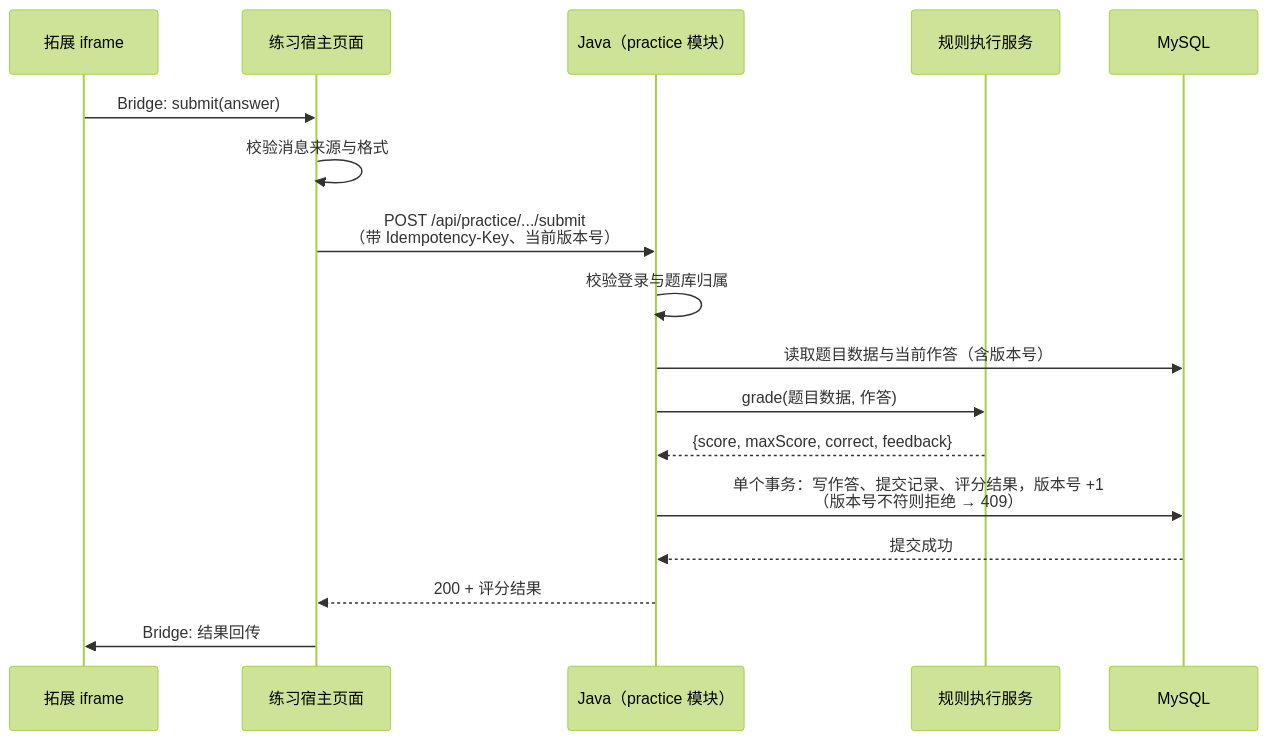
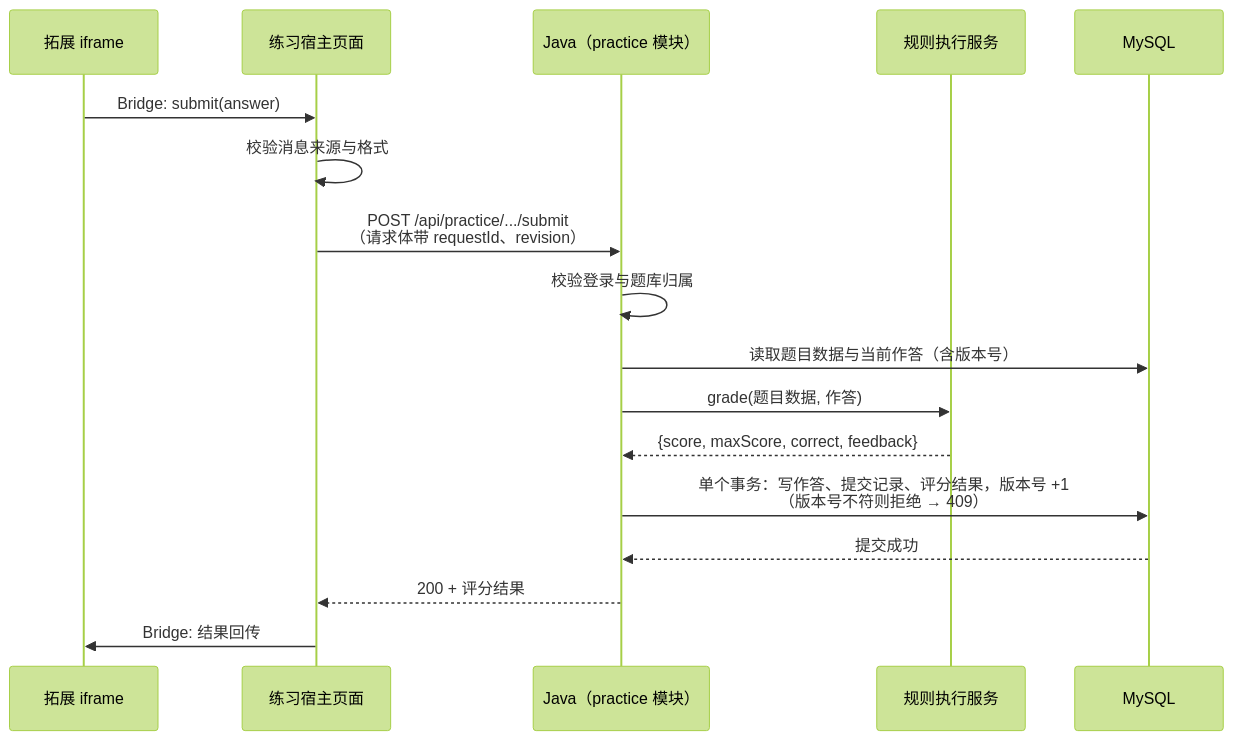
The second of 2 diagrams in docs/architecture/01-overview.md (lear111/quizforge-v2), drawn with Mermaid (forest theme) before and after one commit. The commit also changed other lines of this file, not shown here.

First line of the commit message:
docs(architecture): correct extension isolation and idempotency per legacy contracts

````diff
--- a/docs/architecture/01-overview.md
+++ b/docs/architecture/01-overview.md
@@ -143,20 +143,20 @@
 ```mermaid
 sequenceDiagram
     participant E as 拓展 iframe
     participant H as 练习宿主页面
     participant J as Java（practice 模块）
     participant R as 规则执行服务
     participant D as MySQL
 
     E->>H: Bridge: submit(answer)
     H->>H: 校验消息来源与格式
-    H->>J: POST /api/practice/.../submit<br/>（带 Idempotency-Key、当前版本号）
+    H->>J: POST /api/practice/.../submit<br/>（请求体带 requestId、revision）
     J->>J: 校验登录与题库归属
     J->>D: 读取题目数据与当前作答（含版本号）
     J->>R: grade(题目数据, 作答)
     R-->>J: {score, maxScore, correct, feedback}
     J->>D: 单个事务：写作答、提交记录、评分结果，版本号 +1<br/>（版本号不符则拒绝 → 409）
     D-->>J: 提交成功
     J-->>H: 200 + 评分结果
     H->>E: Bridge: 结果回传
 ```
````
